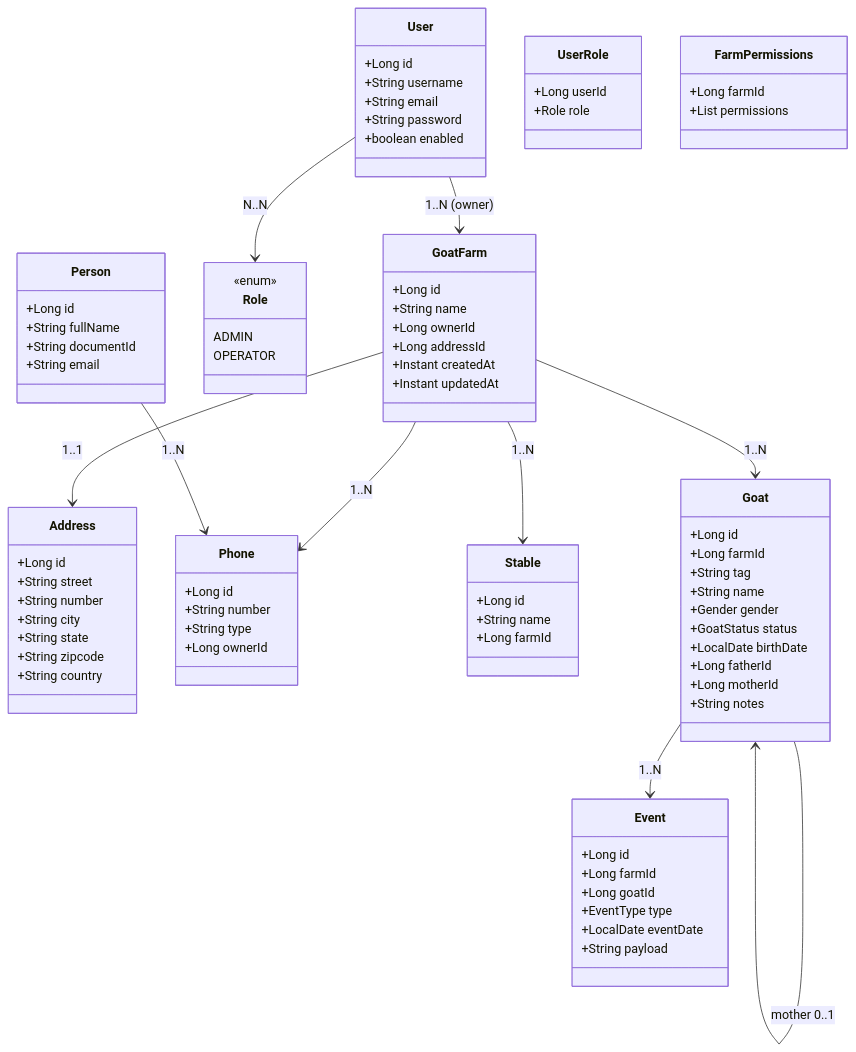
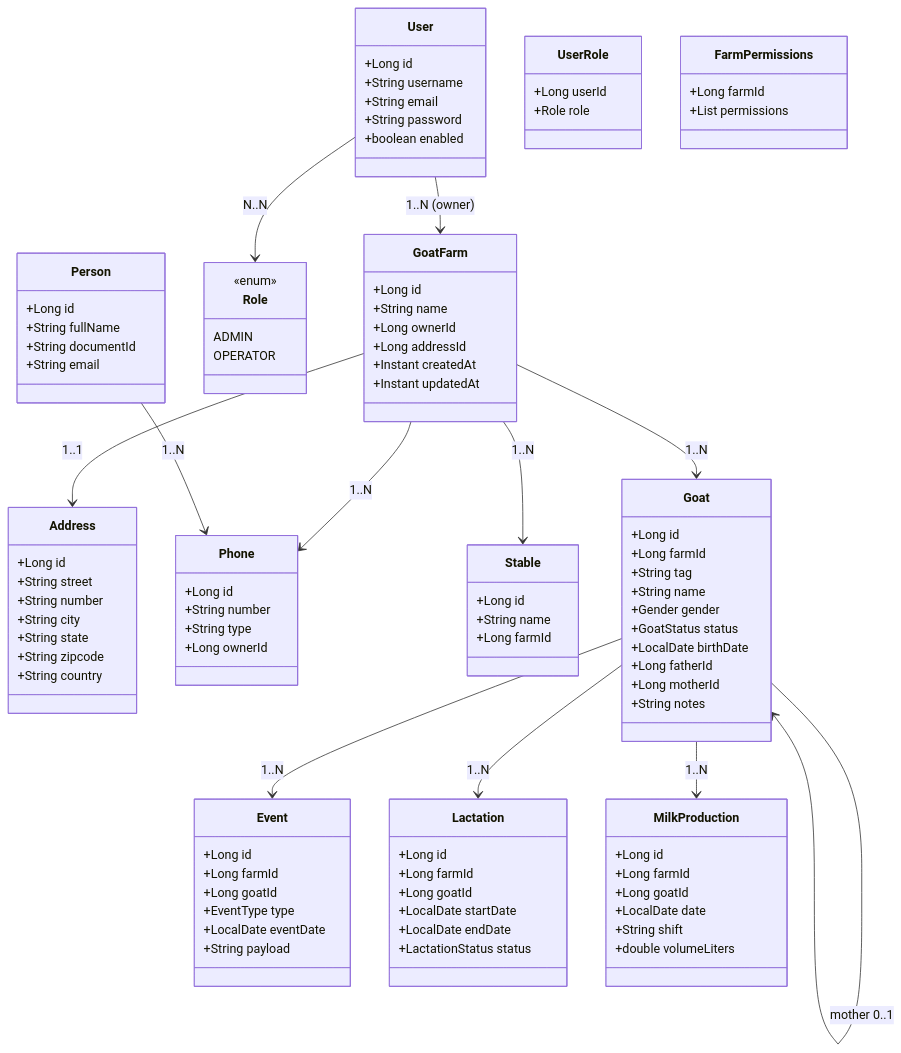
The diagram in docs/history/ENTIDADES_DIAGRAMA_CLASSES.md (AlbertoVilar/caprigestor-backend), drawn with Mermaid before and after one commit. The commit also changed other lines of this file and 3 other files, not shown here.

Commit message:
docs: update README, UML and documentation with MilkProduction and Lactation modules

````diff
--- a/docs/history/ENTIDADES_DIAGRAMA_CLASSES.md
+++ b/docs/history/ENTIDADES_DIAGRAMA_CLASSES.md
@@ -227,6 +255,24 @@
     +String payload
   }
 
+  class Lactation {
+    +Long id
+    +Long farmId
+    +Long goatId
+    +LocalDate startDate
+    +LocalDate endDate
+    +LactationStatus status
+  }
+
+  class MilkProduction {
+    +Long id
+    +Long farmId
+    +Long goatId
+    +LocalDate date
+    +String shift
+    +double volumeLiters
+  }
+
   class Person {
     +Long id
     +String fullName
@@ -243,5 +289,7 @@
   Goat --> Goat : father 0..1
   Goat --> Goat : mother 0..1
   Goat --> Event : 1..N
+  Goat --> Lactation : 1..N
+  Goat --> MilkProduction : 1..N
   Person --> Phone : 1..N
 ```
````
